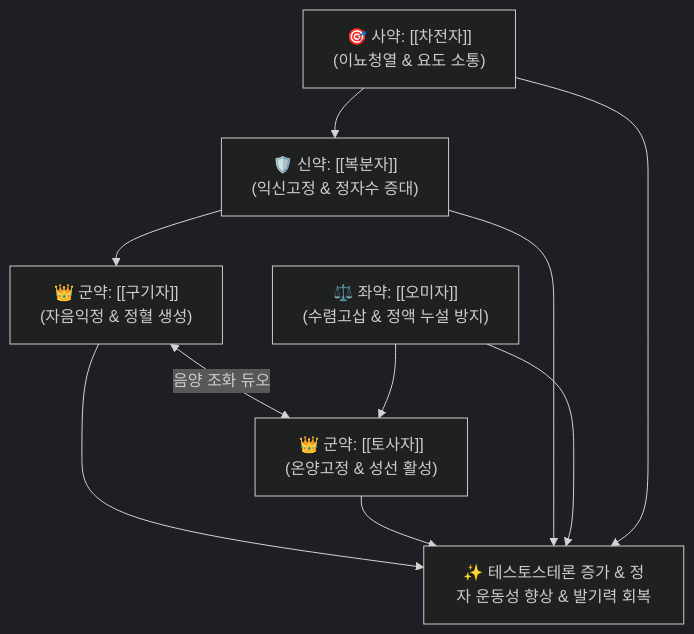
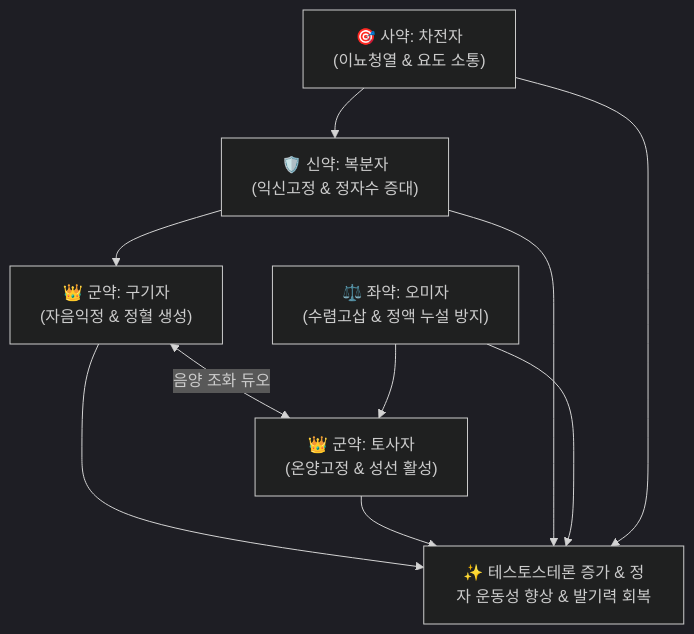
Before and after one commit to simbio11/simbio-digital-garden2: the diagram in content/2. 약리 공부/처방/02_보익제/오자연종환.md, drawn with Mermaid (dark theme). The commit also changed other lines of this file and 323 other files, not shown here.

````diff
--- a/content/2. 약리 공부/처방/02_보익제/오자연종환.md
+++ b/content/2. 약리 공부/처방/02_보익제/오자연종환.md
@@ -45,8 +47,8 @@
 ```mermaid
 graph TD
-    GJ["👑 군약: [[구기자]]<br>(자음익정 & 정혈 생성)"] <-->|음양 조화 듀오| TS["👑 군약: [[토사자]]<br>(온양고정 & 성선 활성)"]
-    BB["🛡️ 신약: [[복분자]]<br>(익신고정 & 정자수 증대)"] --> GJ
-    OM["⚖️ 좌약: [[오미자]]<br>(수렴고삽 & 정액 누설 방지)"] --> TS
-    CJ["🎯 사약: [[차전자]]<br>(이뇨청열 & 요도 소통)"] --> BB
+    GJ["👑 군약: 구기자<br>(자음익정 & 정혈 생성)"] <-->|음양 조화 듀오| TS["👑 군약: 토사자<br>(온양고정 & 성선 활성)"]
+    BB["🛡️ 신약: 복분자<br>(익신고정 & 정자수 증대)"] --> GJ
+    OM["⚖️ 좌약: 오미자<br>(수렴고삽 & 정액 누설 방지)"] --> TS
+    CJ["🎯 사약: 차전자<br>(이뇨청열 & 요도 소통)"] --> BB
     GJ & TS & BB & OM & CJ --> Target["✨ 테스토스테론 증가 & 정자 운동성 향상 & 발기력 회복"]
 ```
````
